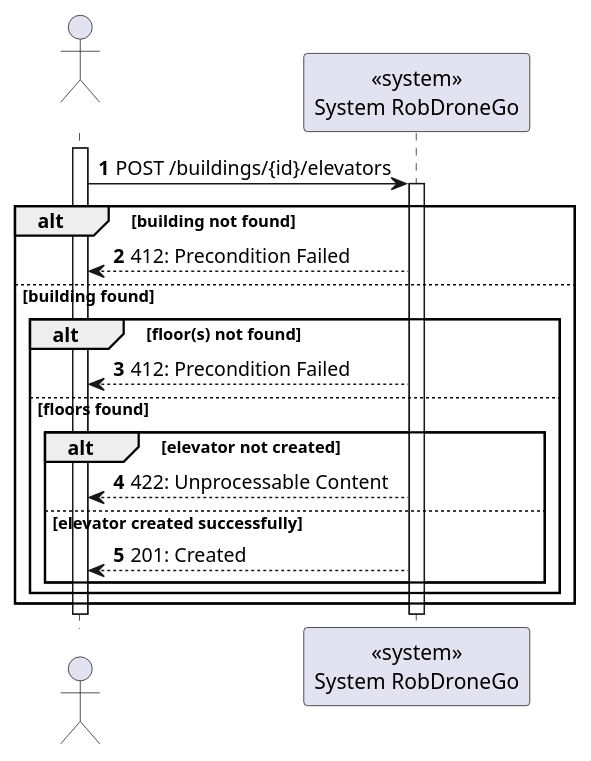
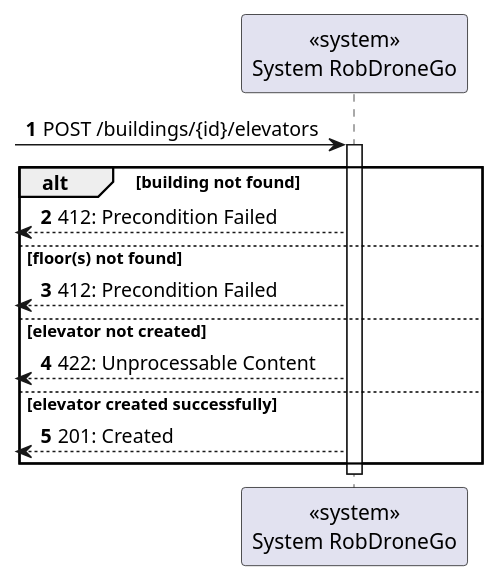
One commit to Departamento-de-Engenharia-Informatica/lapr5-23-24-g19 changed the diagram in docs/us270/level1/process-view.puml. Above: the diagram before and after it, drawn with PlantUML. The commit also changed 5 other files, not shown here.

Commit message:
docs(us270): simplify diagrams

```diff
--- a/docs/us270/level1/process-view.puml
+++ b/docs/us270/level1/process-view.puml
@@ -1,28 +1,20 @@
 @startuml
 autonumber
 
-actor " " as actor
 participant "<<system>>\nSystem RobDroneGo" as sys
 
-activate actor
-    actor -> sys: POST /buildings/{id}/elevators
-    activate sys
+[-> sys : POST /buildings/{id}/elevators
 
+activate sys
     alt building not found
-        sys --> actor : 412: Precondition Failed
-    else building found
-        alt floor(s) not found
-            sys --> actor : 412: Precondition Failed
-        else floors found
-            alt elevator not created
-                sys --> actor : 422: Unprocessable Content
-            else elevator created successfully
-                sys --> actor : 201: Created
-            end
-        end
+        [<-- sys : 412: Precondition Failed
+    else floor(s) not found
+        [<-- sys : 412: Precondition Failed
+    else elevator not created
+        [<-- sys : 422: Unprocessable Content
+    else elevator created successfully
+        [<-- sys : 201: Created
     end
-
-    deactivate sys
-deactivate actor
+deactivate sys
 
 @enduml
```
